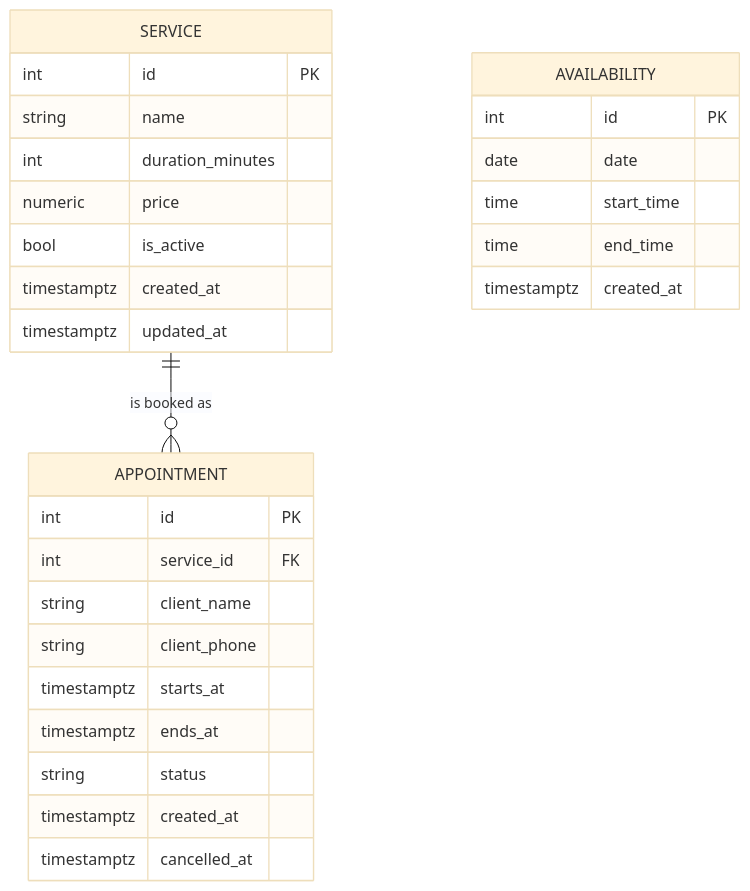
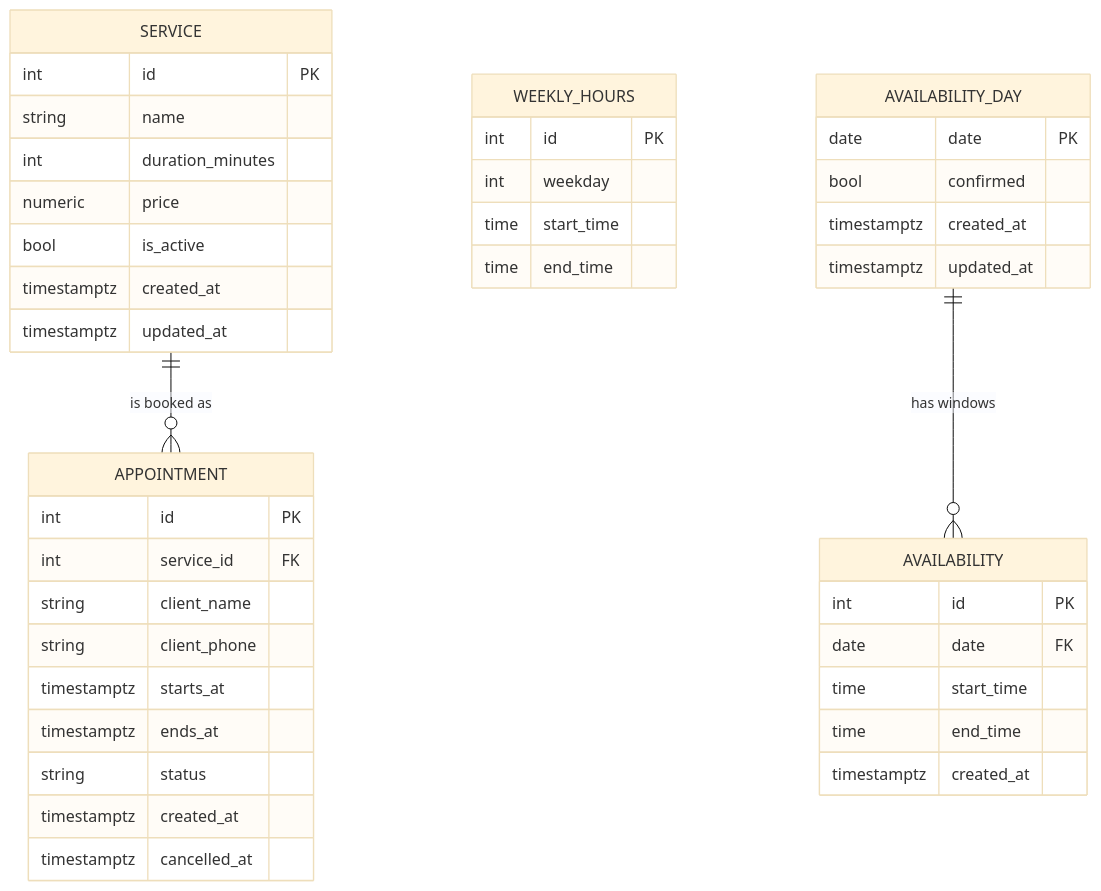
Before and after one commit to hthr240/tzamot: the diagram in docs/architecture/data-model.md, drawn with Mermaid (base theme). The commit also changed other lines of this file and 3 other files, not shown here.

First line of the commit message:
Record materialised weekly hours as ADR-008

````diff
--- a/docs/architecture/data-model.md
+++ b/docs/architecture/data-model.md
@@ -8,34 +8,49 @@
 ```mermaid
 erDiagram
     SERVICE ||--o{ APPOINTMENT : "is booked as"
 
     SERVICE {
         int id PK
         string name
         int duration_minutes
         numeric price
         bool is_active
         timestamptz created_at
         timestamptz updated_at
     }
 
+    WEEKLY_HOURS {
+        int id PK
+        int weekday
+        time start_time
+        time end_time
+    }
+
+    AVAILABILITY_DAY ||--o{ AVAILABILITY : "has windows"
+    AVAILABILITY_DAY {
+        date date PK
+        bool confirmed
+        timestamptz created_at
+        timestamptz updated_at
+    }
+
     AVAILABILITY {
         int id PK
-        date date
+        date date FK
         time start_time
         time end_time
         timestamptz created_at
     }
 
     APPOINTMENT {
         int id PK
         int service_id FK
         string client_name
         string client_phone
         timestamptz starts_at
         timestamptz ends_at
         string status
         timestamptz created_at
         timestamptz cancelled_at
     }
 ```
````
